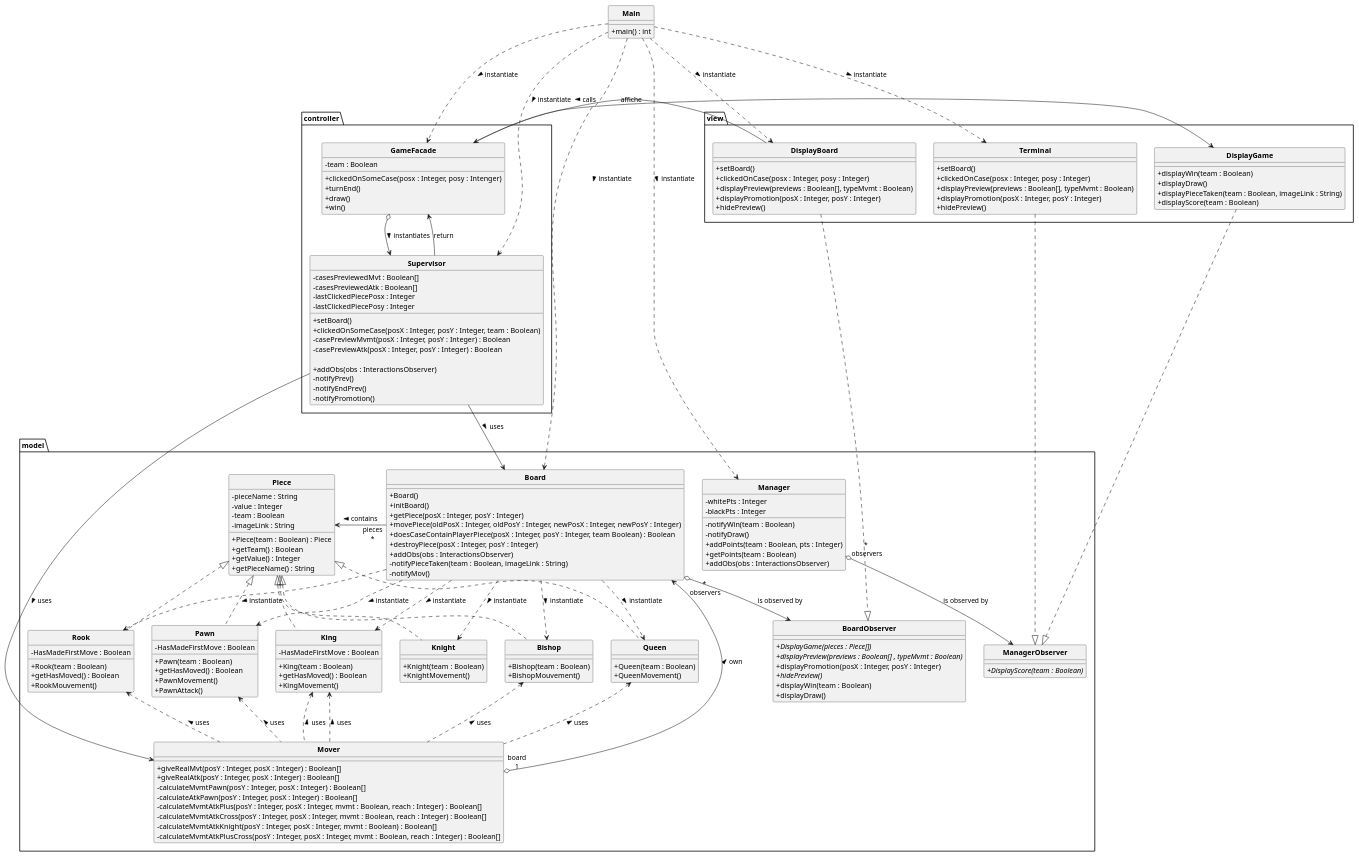
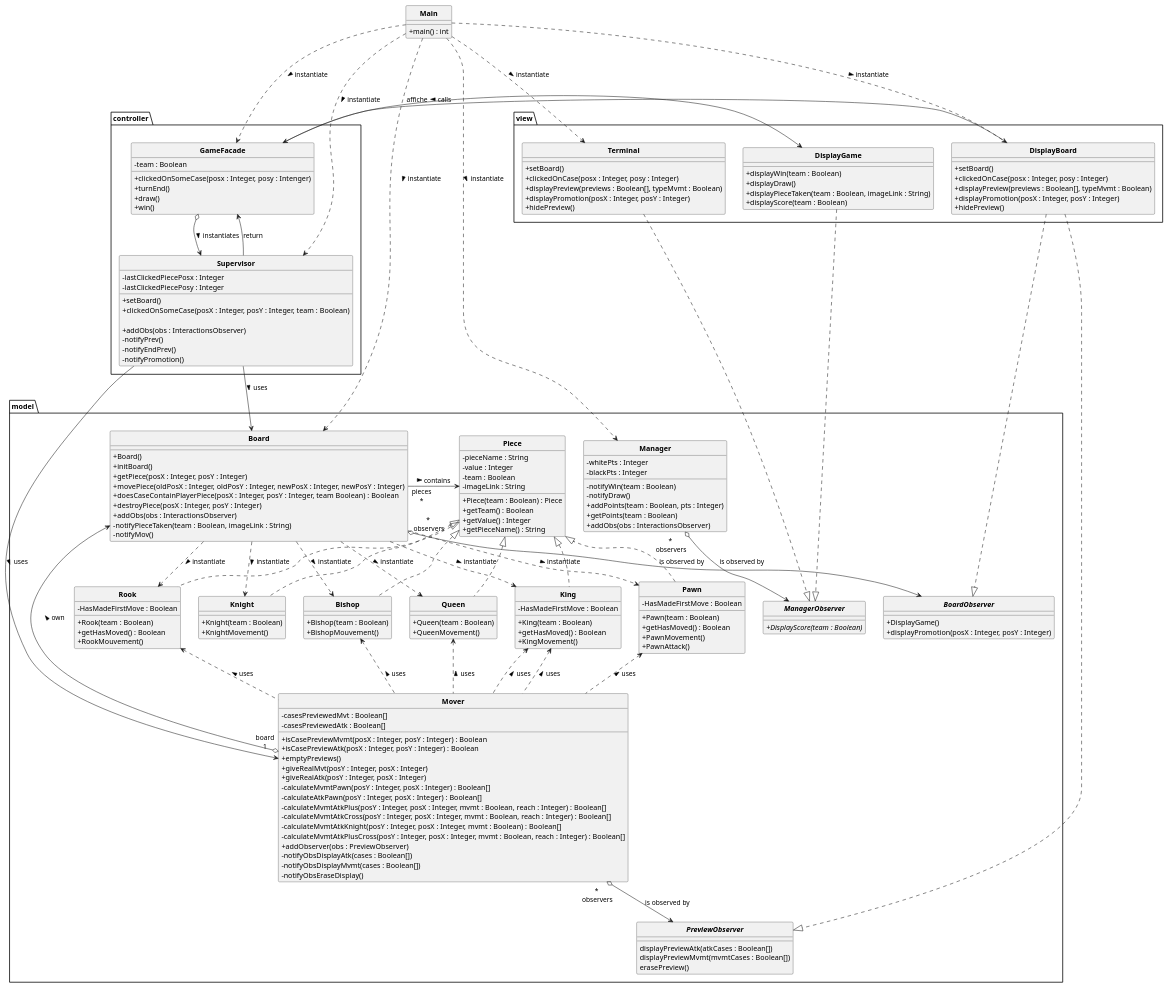
Before and after one commit to SharkyFlou/chess-game: the diagram in class_diagram_clean.puml, drawn with PlantUML.

Commit message:
Modif PUML, modification de la classe Mover, qui stock mtn les preview

```diff
--- a/class_diagram_clean.puml
+++ b/class_diagram_clean.puml
@@ -31,8 +31,13 @@
         }
 
         class Mover{
-            + giveRealMvt(posY : Integer, posX : Integer) : Boolean[]
-            + giveRealAtk(posY : Integer, posX : Integer) : Boolean[]
+            - casesPreviewedMvt : Boolean[]
+            - casesPreviewedAtk : Boolean[]
+            + isCasePreviewMvmt(posX : Integer, posY : Integer) : Boolean
+            + isCasePreviewAtk(posX : Integer, posY : Integer) : Boolean
+            + emptyPreviews()
+            + giveRealMvt(posY : Integer, posX : Integer)
+            + giveRealAtk(posY : Integer, posX : Integer)
             - calculateMvmtPawn(posY : Integer, posX : Integer) : Boolean[]
             - calculateAtkPawn(posY : Integer, posX : Integer) : Boolean[]
             ' the boolean mvmts, when true calcul the mvmt, when false calcul the atk
@@ -40,6 +45,16 @@
             - calculateMvmtAtkCross(posY : Integer, posX : Integer, mvmt : Boolean, reach : Integer) : Boolean[]
             - calculateMvmtAtkKnight(posY : Integer, posX : Integer, mvmt : Boolean) : Boolean[]
             - calculateMvmtAtkPlusCross(posY : Integer, posX : Integer, mvmt : Boolean, reach : Integer) : Boolean[]
+            + addObserver(obs : PreviewObserver)
+            - notifyObsDisplayAtk(cases : Boolean[])
+            - notifyObsDisplayMvmt(cases : Boolean[])
+            - notifyObsEraseDisplay()
+        }
+
+        interface PreviewObserver{
+            displayPreviewAtk(atkCases : Boolean[])
+            displayPreviewMvmt(mvmtCases : Boolean[])
+            erasePreview()
         }
 
         class Piece{
@@ -91,13 +106,9 @@
             + KnightMovement()
         }
 
-        class BoardObserver{
-            + DisplayGame(pieces : Piece[]) {abstract}
-            + displayPreview(previews : Boolean[] , typeMvmt : Boolean) {abstract}
+        interface BoardObserver{
+            + DisplayGame()
             + displayPromotion(posX : Integer, posY : Integer)
-            + hidePreview() {abstract}
-            + displayWin(team : Boolean)
-            + displayDraw()
         }
 
         class Manager{
@@ -110,7 +121,7 @@
             + addObs(obs : InteractionsObserver)
         }
 
-        class ManagerObserver{
+        interface ManagerObserver{
             + {abstract} DisplayScore(team : Boolean)
         }
 
@@ -123,15 +134,11 @@
     package controller{
 
         class Supervisor{
-            - casesPreviewedMvt : Boolean[]
-            - casesPreviewedAtk : Boolean[]
             - lastClickedPiecePosx : Integer
             - lastClickedPiecePosy : Integer 
             ' on garde pas une piece en privé car on peut trouver la piece selon sa position
             + setBoard()
             + clickedOnSomeCase(posX : Integer, posY : Integer, team : Boolean)
-            - casePreviewMvmt(posX : Integer, posY : Integer) : Boolean
-            - casePreviewAtk(posX : Integer, posY : Integer) : Boolean
             
             + addObs(obs : InteractionsObserver)
             - notifyPrev()
@@ -194,6 +201,7 @@
     'model
     Board "*\n observers" o--> BoardObserver : "is observed by"
     Manager "*\n observers" o--> ManagerObserver : "is observed by"
+    Mover "*\n observers" o--> PreviewObserver : "is observed by"
    
     ' Piece <|.down.. Knight 
     ' Piece <|.down.. Pawn 
@@ -226,6 +234,7 @@
     DisplayGame ..|> ManagerObserver : ""
     Terminal ..|> ManagerObserver : ""
     DisplayBoard ..|> BoardObserver : ""
+    DisplayBoard ..|> PreviewObserver : ""
 
     'relation controller - model
     Supervisor --> Board : "uses >"
```
